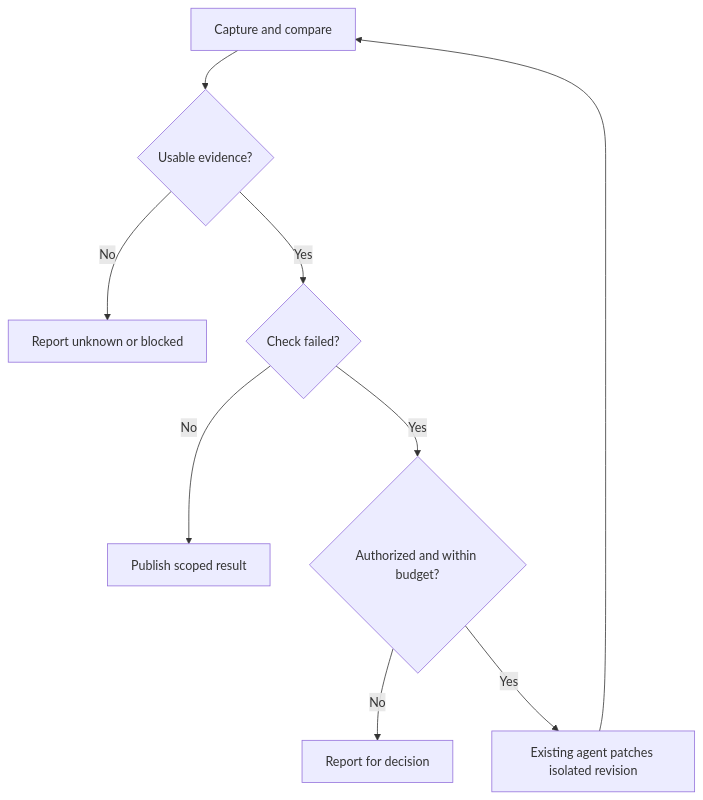
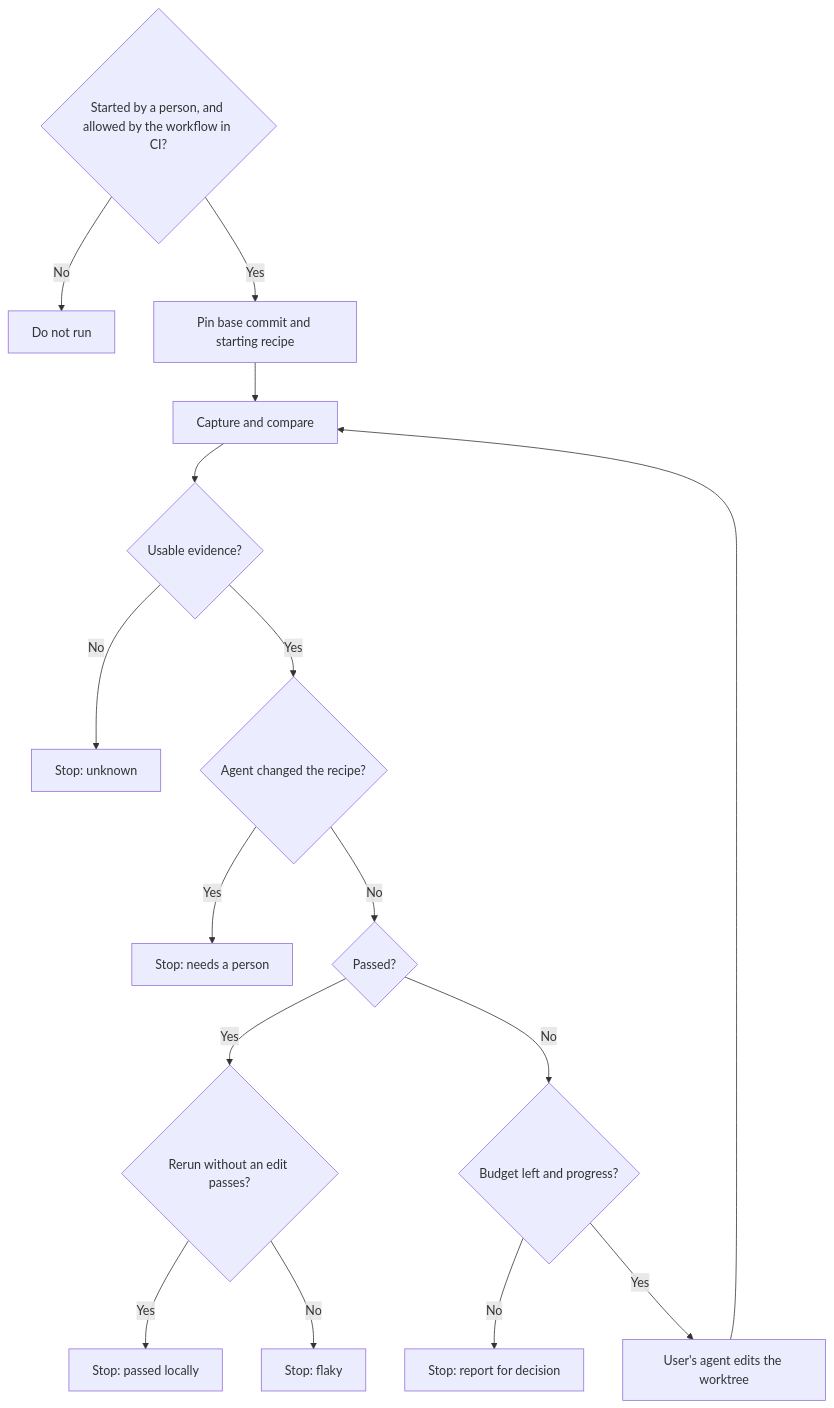
The second of 2 diagrams in docs/ARCHITECTURE.md (esau-morais/observed), drawn with Mermaid before and after one commit. The commit also changed other lines of this file and 2 other files, not shown here.

Commit message:
docs: make Phase 4 a verification harness around the user's agent

````diff
--- a/docs/ARCHITECTURE.md
+++ b/docs/ARCHITECTURE.md
@@ -387,11 +392,18 @@
 ```mermaid
 flowchart TD
-    C["Capture and compare"] --> U{"Usable evidence?"}
-    U -->|No| B["Report unknown or blocked"]
-    U -->|Yes| F{"Check failed?"}
-    F -->|No| S["Publish scoped result"]
-    F -->|Yes| P{"Authorized and within budget?"}
-    P -->|No| E["Report for decision"]
-    P -->|Yes| A["Existing agent patches isolated revision"]
-    A --> C
+    Z{"Started by a person, and allowed by the workflow in CI?"} -->|No| N["Do not run"]
+    Z -->|Yes| P["Pin base commit and starting recipe"]
+    P --> C["Capture and compare"]
+    C --> U{"Usable evidence?"}
+    U -->|No| B["Stop: unknown"]
+    U -->|Yes| A{"Agent changed the recipe?"}
+    A -->|Yes| H["Stop: needs a person"]
+    A -->|No| F{"Passed?"}
+    F -->|Yes| R{"Rerun without an edit passes?"}
+    R -->|Yes| S["Stop: passed locally"]
+    R -->|No| L["Stop: flaky"]
+    F -->|No| G{"Budget left and progress?"}
+    G -->|No| E["Stop: report for decision"]
+    G -->|Yes| X["User's agent edits the worktree"]
+    X --> C
 ```
````
